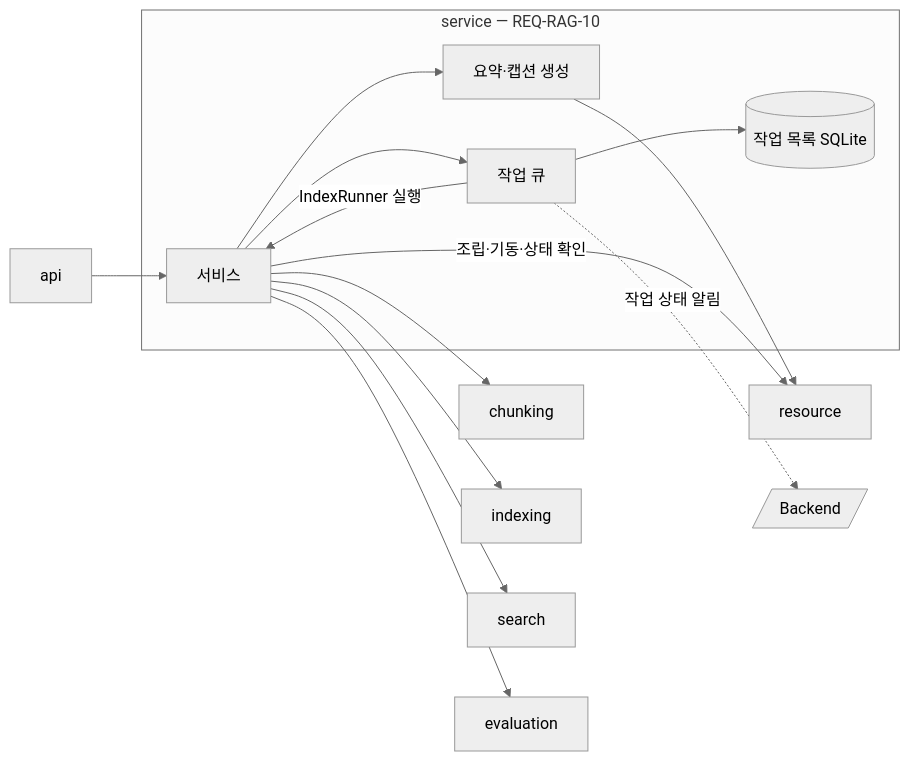
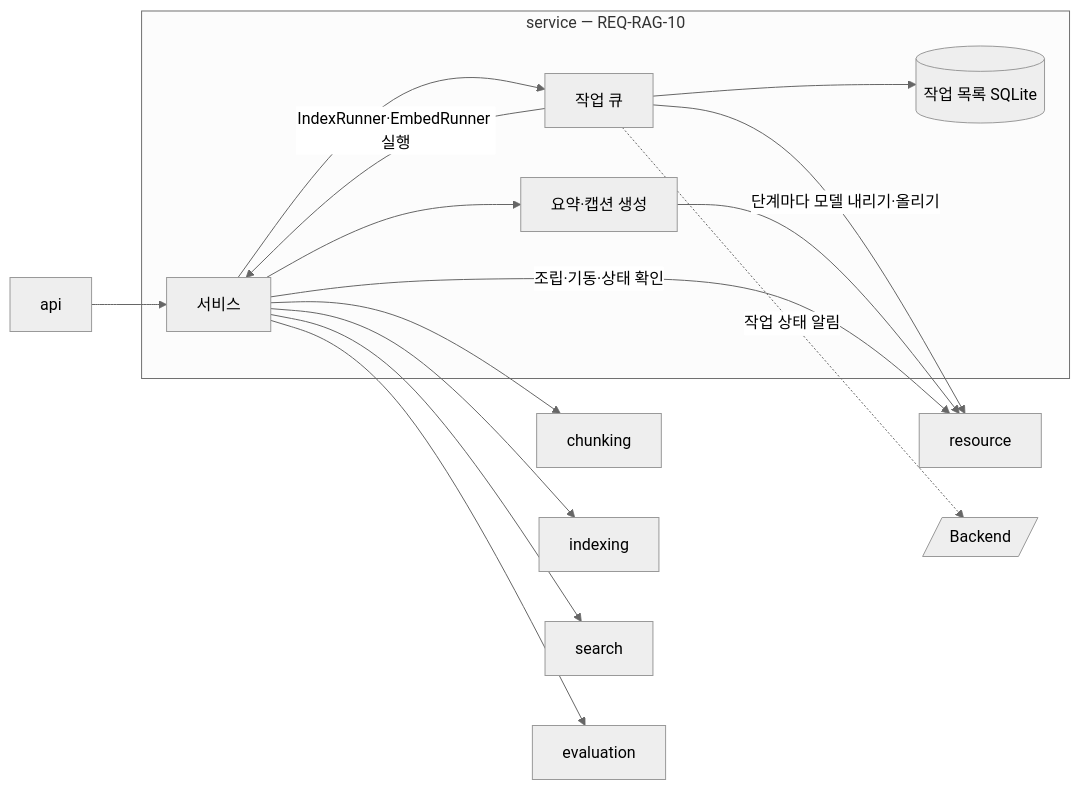
One commit to victor7-aquila/minerva changed the first of 5 diagrams in apps/rag-server/src/minerva_rag/service/MODULE.md. Above: the diagram before and after it, drawn with Mermaid (neutral theme). The commit also changed other lines of this file and 112 other files, not shown here.

````diff
--- a/apps/rag-server/src/minerva_rag/service/MODULE.md
+++ b/apps/rag-server/src/minerva_rag/service/MODULE.md
@@ -74,21 +79,22 @@
 ```mermaid
 flowchart LR
     API["api"] --> Services
     subgraph Boundary["service — REQ-RAG-10"]
         Services["서비스"]
         Queue["작업 큐"]
         Captioner["요약·캡션 생성"]
         DB[("작업 목록 SQLite")]
     end
     Services --> Queue
-    Queue -->|IndexRunner 실행| Services
+    Queue -->|IndexRunner·EmbedRunner 실행| Services
     Queue --> DB
+    Queue -->|단계마다 모델 내리기·올리기| Resource
     Services --> Captioner
     Captioner --> Resource["resource"]
     Services -->|조립·기동·상태 확인| Resource
     Services --> Chunking["chunking"]
     Services --> Indexing["indexing"]
     Services --> Search["search"]
     Services --> Evaluation["evaluation"]
     Queue -.->|작업 상태 알림| Backend[/"Backend"/]
 ```
````
